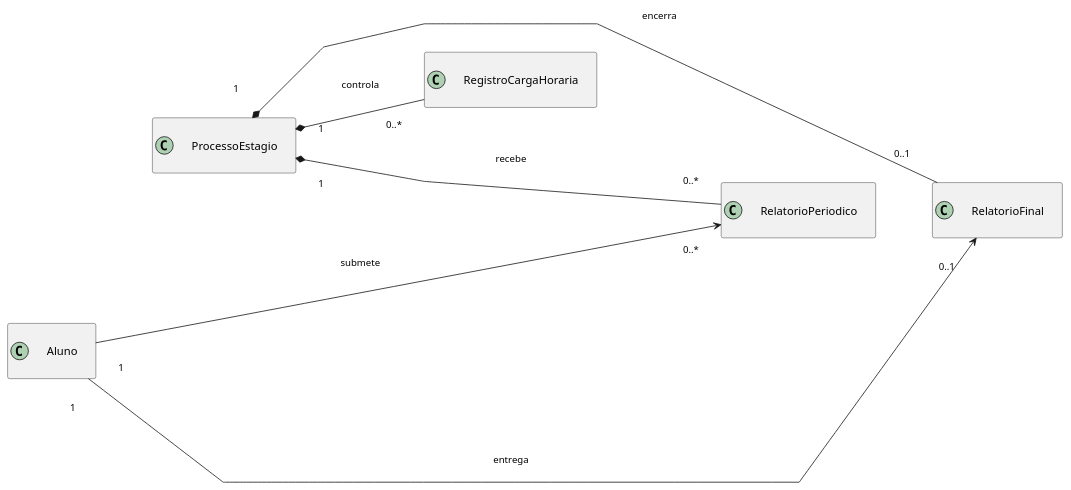
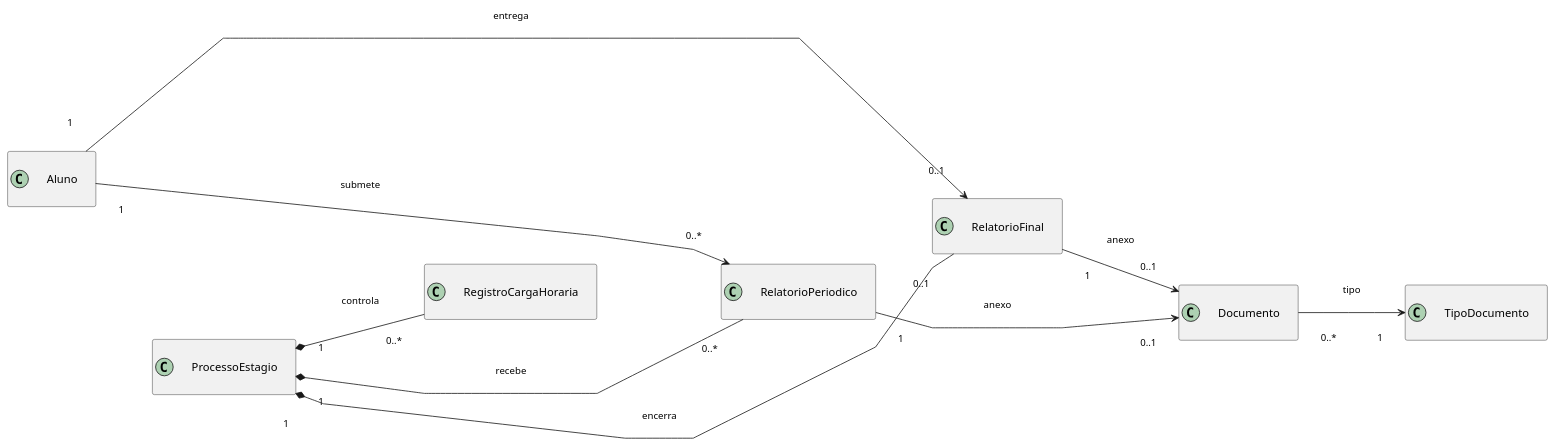
The eighth of 10 diagrams in docs/Elaboracao/diagrma_de_classes.md (Projetos-de-Extensao/PBE_26.1_8002_I), drawn with PlantUML before and after one commit. The commit also changed other lines of this file, not shown here.

Commit message:
docs: esclarece classes de apoio do diagrama

````diff
--- a/docs/Elaboracao/diagrma_de_classes.md
+++ b/docs/Elaboracao/diagrma_de_classes.md
@@ -257,28 +296,33 @@
 ```puml
 @startuml
 left to right direction
 hide empty members
 skinparam classAttributeIconSize 0
 skinparam linetype polyline
 skinparam nodesep 70
 skinparam ranksep 70
 skinparam Padding 20
 skinparam ArrowFontSize 12
 
 class Aluno
 class ProcessoEstagio
 class RegistroCargaHoraria
 class RelatorioPeriodico
 class RelatorioFinal
+class Documento
+class TipoDocumento
 
 Aluno "1" --> "0..*" RelatorioPeriodico : submete
 Aluno "1" --> "0..1" RelatorioFinal : entrega
 ProcessoEstagio "1" *-- "0..*" RegistroCargaHoraria : controla
 ProcessoEstagio "1" *-- "0..*" RelatorioPeriodico : recebe
 ProcessoEstagio "1" *-- "0..1" RelatorioFinal : encerra
+RelatorioPeriodico "1" --> "0..1" Documento : anexo
+RelatorioFinal "1" --> "0..1" Documento : anexo
+Documento "0..*" --> "1" TipoDocumento : tipo
 
 Aluno -[hidden]- ProcessoEstagio
 RegistroCargaHoraria -[hidden]down- RelatorioPeriodico
 RelatorioPeriodico -[hidden]down- RelatorioFinal
 @enduml
 ```
````
